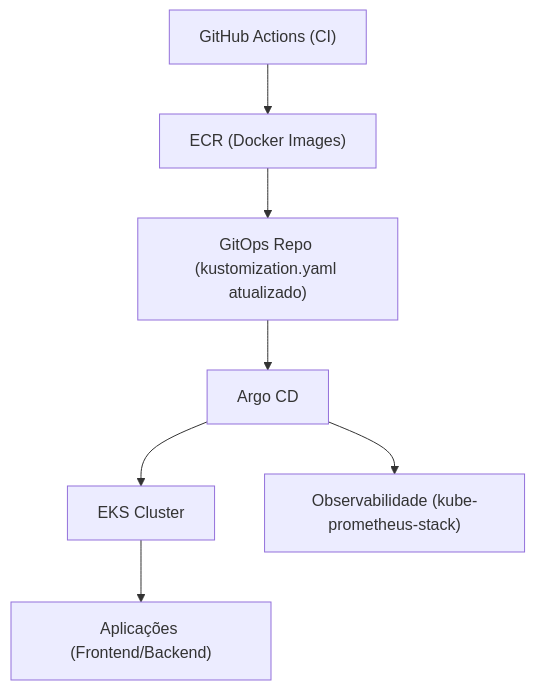
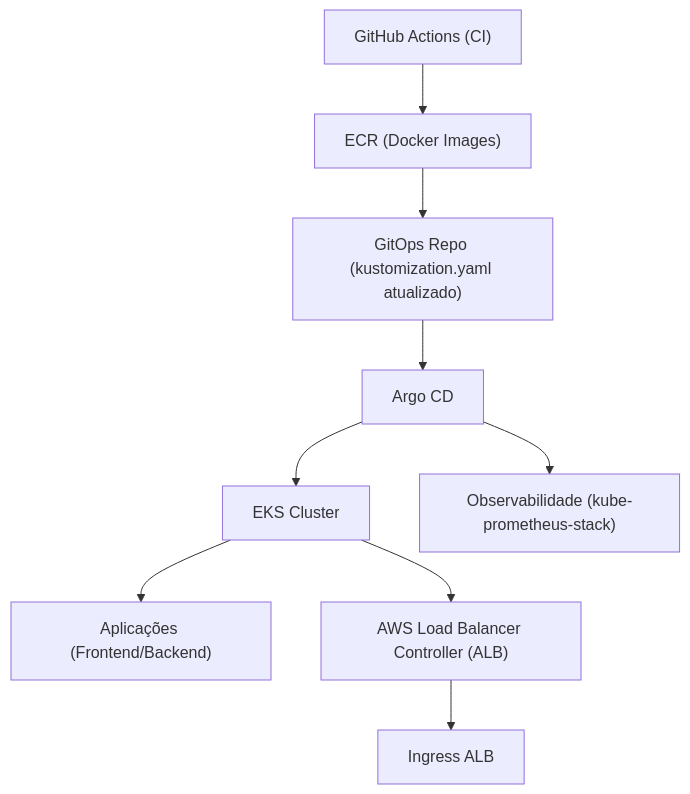
One commit to RildoDias08/GitOps changed the diagram in README.md. Above: the diagram before and after it, drawn with Mermaid. The commit also changed other lines of this file, not shown here.

````diff
--- a/README.md
+++ b/README.md
@@ -11,9 +11,11 @@
 ```mermaid
 flowchart TD
     A["GitHub Actions (CI)"] --> B["ECR (Docker Images)"]
     B --> C["GitOps Repo (kustomization.yaml atualizado)"]
     C --> D["Argo CD"]
     D --> E["EKS Cluster"]
     E --> F["Aplicações (Frontend/Backend)"]
+    E --> H["AWS Load Balancer Controller (ALB)"]
+    H --> I["Ingress ALB"]
     D --> G["Observabilidade (kube-prometheus-stack)"]
 ```
````
